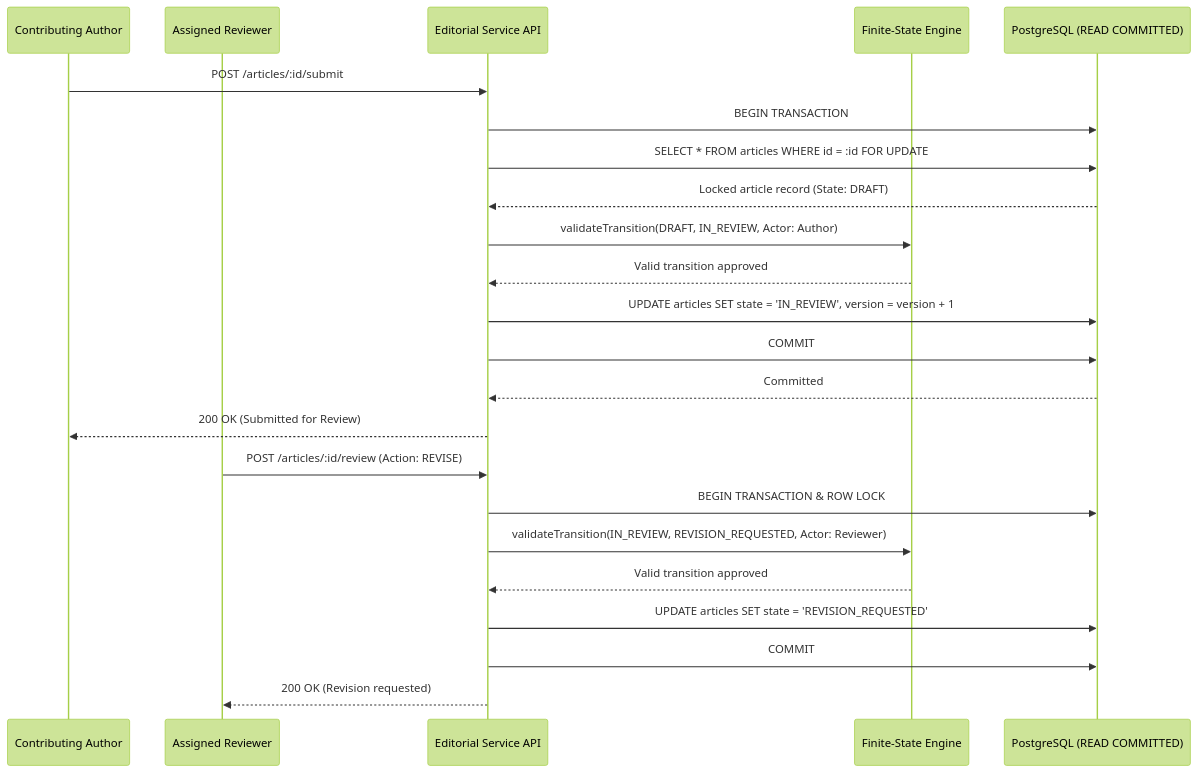
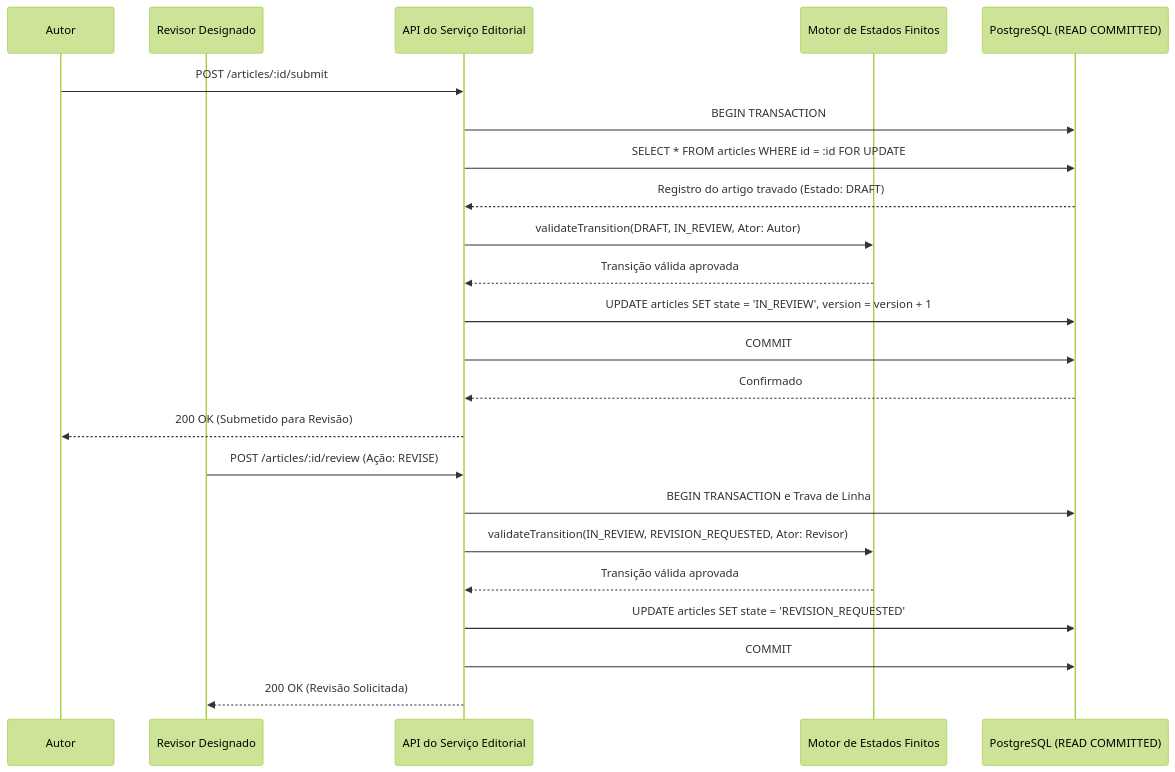
Before and after one commit to Fcsscoder/case-studies: the second of 2 diagrams in backend-and-distributed-systems/concurrency-safe-editorial-engine/README.md, drawn with Mermaid (forest theme). The commit also changed other lines of this file and 21 other files, not shown here.

````diff
--- a/backend-and-distributed-systems/concurrency-safe-editorial-engine/README.md
+++ b/backend-and-distributed-systems/concurrency-safe-editorial-engine/README.md
@@ -32,27 +32,27 @@
 ```mermaid
 sequenceDiagram
-    participant Author as Contributing Author
-    participant Reviewer as Assigned Reviewer
-    participant API as Editorial Service API
-    participant Engine as Finite-State Engine
+    participant Author as Autor
+    participant Reviewer as Revisor Designado
+    participant API as API do Serviço Editorial
+    participant Engine as Motor de Estados Finitos
     participant PG as PostgreSQL (READ COMMITTED)
 
     Author->>API: POST /articles/:id/submit
     API->>PG: BEGIN TRANSACTION
     API->>PG: SELECT * FROM articles WHERE id = :id FOR UPDATE
-    PG-->>API: Locked article record (State: DRAFT)
-    API->>Engine: validateTransition(DRAFT, IN_REVIEW, Actor: Author)
-    Engine-->>API: Valid transition approved
+    PG-->>API: Registro do artigo travado (Estado: DRAFT)
+    API->>Engine: validateTransition(DRAFT, IN_REVIEW, Ator: Autor)
+    Engine-->>API: Transição válida aprovada
     API->>PG: UPDATE articles SET state = 'IN_REVIEW', version = version + 1
     API->>PG: COMMIT
-    PG-->>API: Committed
-    API-->>Author: 200 OK (Submitted for Review)
+    PG-->>API: Confirmado
+    API-->>Author: 200 OK (Submetido para Revisão)
     
-    Reviewer->>API: POST /articles/:id/review (Action: REVISE)
-    API->>PG: BEGIN TRANSACTION & ROW LOCK
-    API->>Engine: validateTransition(IN_REVIEW, REVISION_REQUESTED, Actor: Reviewer)
-    Engine-->>API: Valid transition approved
+    Reviewer->>API: POST /articles/:id/review (Ação: REVISE)
+    API->>PG: BEGIN TRANSACTION e Trava de Linha
+    API->>Engine: validateTransition(IN_REVIEW, REVISION_REQUESTED, Ator: Revisor)
+    Engine-->>API: Transição válida aprovada
     API->>PG: UPDATE articles SET state = 'REVISION_REQUESTED'
     API->>PG: COMMIT
-    API-->>Reviewer: 200 OK (Revision requested)
+    API-->>Reviewer: 200 OK (Revisão Solicitada)
 ```
````
